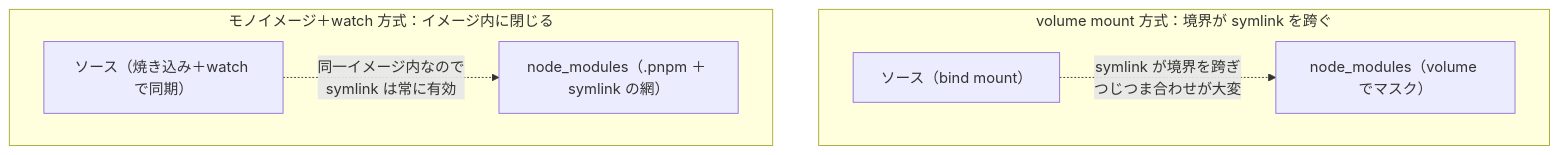
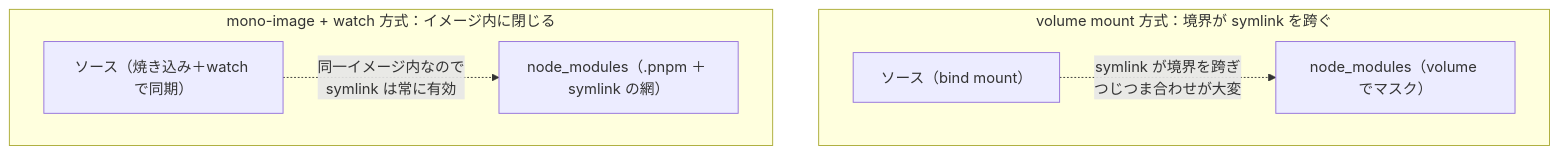
One commit to Daiius/zenn-articles changed the third of 3 diagrams in articles/pnpm-monorepo-docker-compose-watch.md. Above: the diagram before and after it, drawn with Mermaid. The commit also changed other lines of this file, not shown here.

Commit message:
呼称を英語表記 mono-image + watch 方式に変更し、造語の脚注を追加

````diff
--- a/articles/pnpm-monorepo-docker-compose-watch.md
+++ b/articles/pnpm-monorepo-docker-compose-watch.md
@@ -108,13 +108,13 @@
 ```mermaid
 graph TB
     subgraph V["volume mount 方式：境界が symlink を跨ぐ"]
         v1["ソース（bind mount）"]
         v2["node_modules（volume でマスク）"]
         v1 -. "symlink が境界を跨ぎ<br/>つじつま合わせが大変" .-> v2
     end
-    subgraph I["モノイメージ＋watch 方式：イメージ内に閉じる"]
+    subgraph I["mono-image + watch 方式：イメージ内に閉じる"]
         i1["ソース（焼き込み＋watch で同期）"]
         i2["node_modules（.pnpm ＋ symlink の網）"]
         i1 -. "同一イメージ内なので<br/>symlink は常に有効" .-> i2
     end
 ```
````
